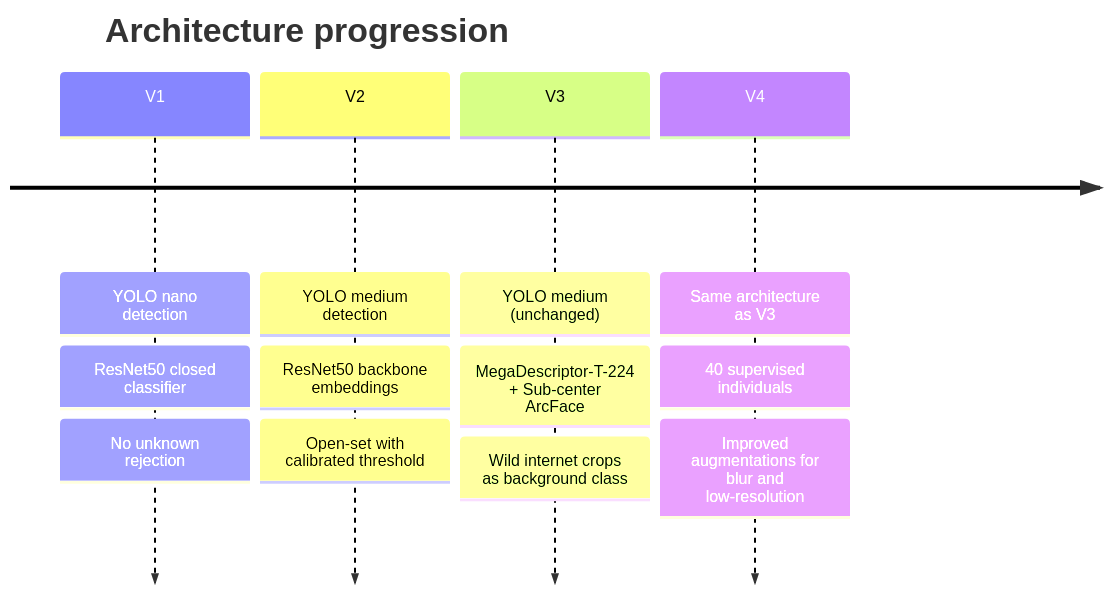
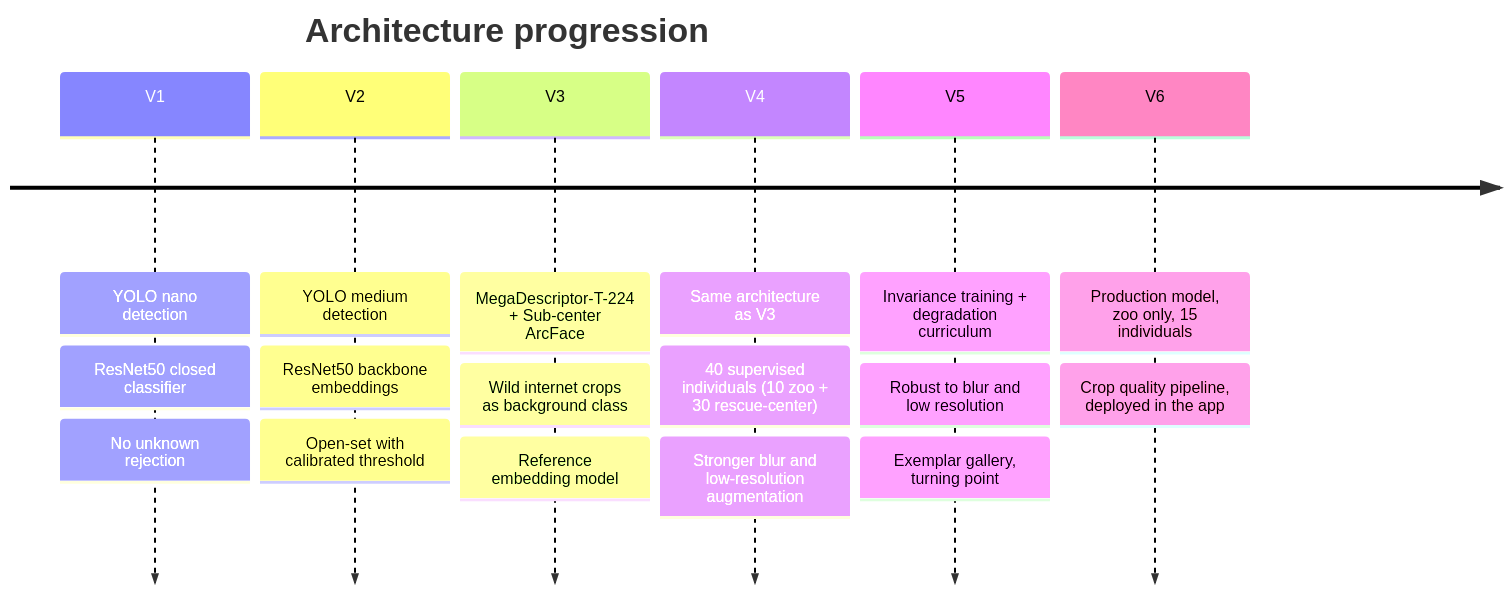
One commit to tit-exe/OrangIdentifier changed the second of 2 diagrams in README.md. Above: the diagram before and after it, drawn with Mermaid. The commit also changed other lines of this file and 93 other files, not shown here.

````diff
--- a/README.md
+++ b/README.md
@@ -50,16 +50,21 @@
 ```mermaid
 timeline
     title Architecture progression
     V1 : YOLO nano detection
        : ResNet50 closed classifier
        : No unknown rejection
     V2 : YOLO medium detection
        : ResNet50 backbone embeddings
        : Open-set with calibrated threshold
-    V3 : YOLO medium (unchanged)
-       : MegaDescriptor-T-224 + Sub-center ArcFace
+    V3 : MegaDescriptor-T-224 + Sub-center ArcFace
        : Wild internet crops as background class
+       : Reference embedding model
     V4 : Same architecture as V3
-       : 40 supervised individuals
-       : Improved augmentations for blur and low-resolution
+       : 40 supervised individuals (10 zoo + 30 rescue-center)
+       : Stronger blur and low-resolution augmentation
+    V5 : Invariance training + degradation curriculum
+       : Robust to blur and low resolution
+       : Exemplar gallery, turning point
+    V6 : Production model, zoo only, 15 individuals
+       : Crop quality pipeline, deployed in the app
 ```
````
